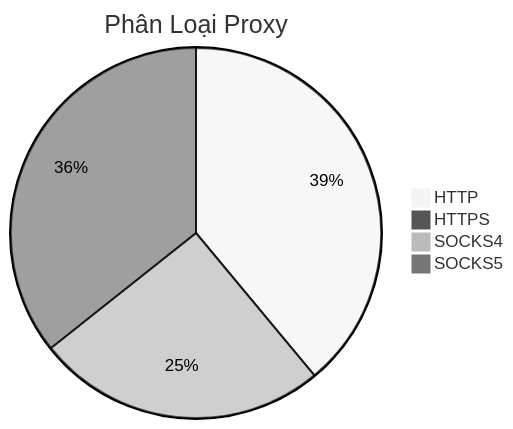
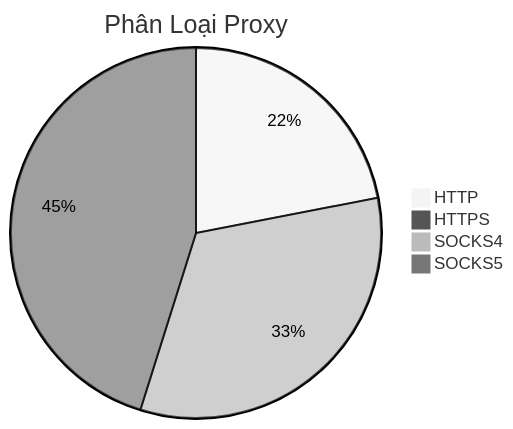
One commit to Ciara-12/PROXY-free changed the diagram in README.md. Above: the diagram before and after it, drawn with Mermaid (neutral theme). The commit also changed other lines of this file and 4 other files, not shown here.

````diff
--- a/README.md
+++ b/README.md
@@ -26,7 +26,7 @@
 ```mermaid
 pie title Phân Loại Proxy
-    "HTTP" : 628
-    "HTTPS" : 0
-    "SOCKS4" : 409
-    "SOCKS5" : 575
+    "HTTP" : 319
+    "HTTPS" : 1
+    "SOCKS4" : 478
+    "SOCKS5" : 656
 ```
````
